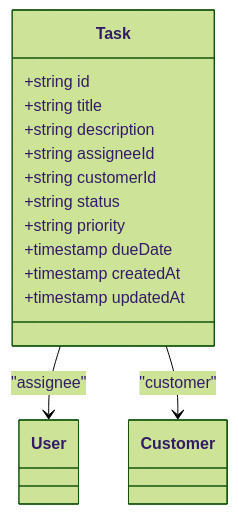
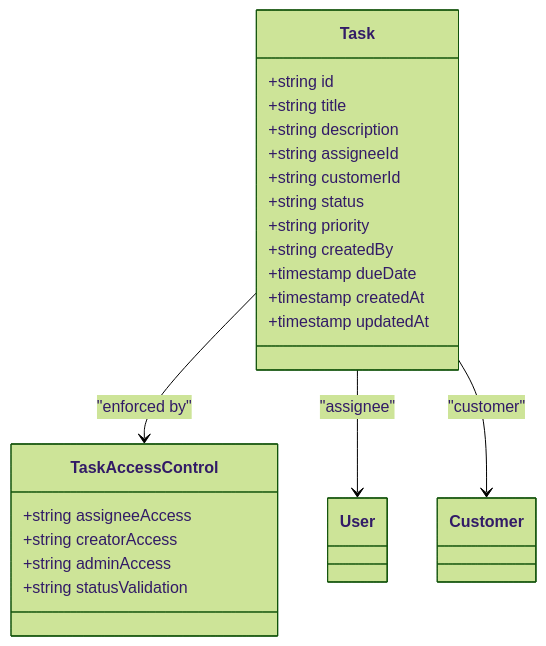
Before and after one commit to ngothanhtung/claude-code-shadcn-dashboard: the fifth of 10 diagrams in .qoder/repowiki/en/content/Database Schema.md, drawn with Mermaid (forest theme). The commit also changed other lines of this file and 165 other files, not shown here.

````diff
--- a/.qoder/repowiki/en/content/Database Schema.md
+++ b/.qoder/repowiki/en/content/Database Schema.md
@@ -199,17 +227,25 @@
 ```mermaid
 classDiagram
 class Task {
 +string id
 +string title
 +string description
 +string assigneeId
 +string customerId
 +string status
 +string priority
++string createdBy
 +timestamp dueDate
 +timestamp createdAt
 +timestamp updatedAt
 }
+class TaskAccessControl {
++string assigneeAccess
++string creatorAccess
++string adminAccess
++string statusValidation
+}
+Task --> TaskAccessControl : "enforced by"
 Task --> User : "assignee"
 Task --> Customer : "customer"
 ```
````
